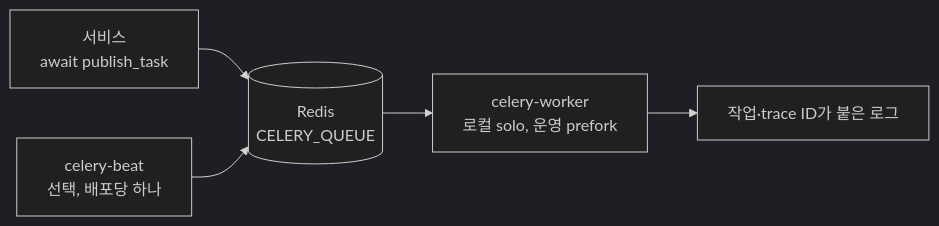
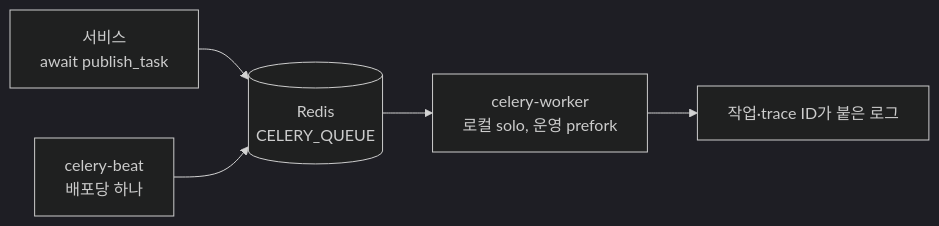
The diagram in i18n/ko/docusaurus-plugin-content-docs/current/features/background-jobs.mdx (Blueprint4Agent/Blueprint4Agent.github.io), drawn with Mermaid (dark theme) before and after one commit. The commit also changed other lines of this file and 14 other files, not shown here.

````diff
--- a/i18n/ko/docusaurus-plugin-content-docs/current/features/background-jobs.mdx
+++ b/i18n/ko/docusaurus-plugin-content-docs/current/features/background-jobs.mdx
@@ -18,7 +18,7 @@
 ```mermaid
 flowchart LR
     SV["서비스<br/>await publish_task"] --> Q[("Redis<br/>CELERY_QUEUE")]
-    B["celery-beat<br/>선택, 배포당 하나"] --> Q
+    B["celery-beat<br/>배포당 하나"] --> Q
     Q --> W["celery-worker<br/>로컬 solo, 운영 prefork"]
     W --> L["작업·trace ID가 붙은 로그"]
 ```
````
